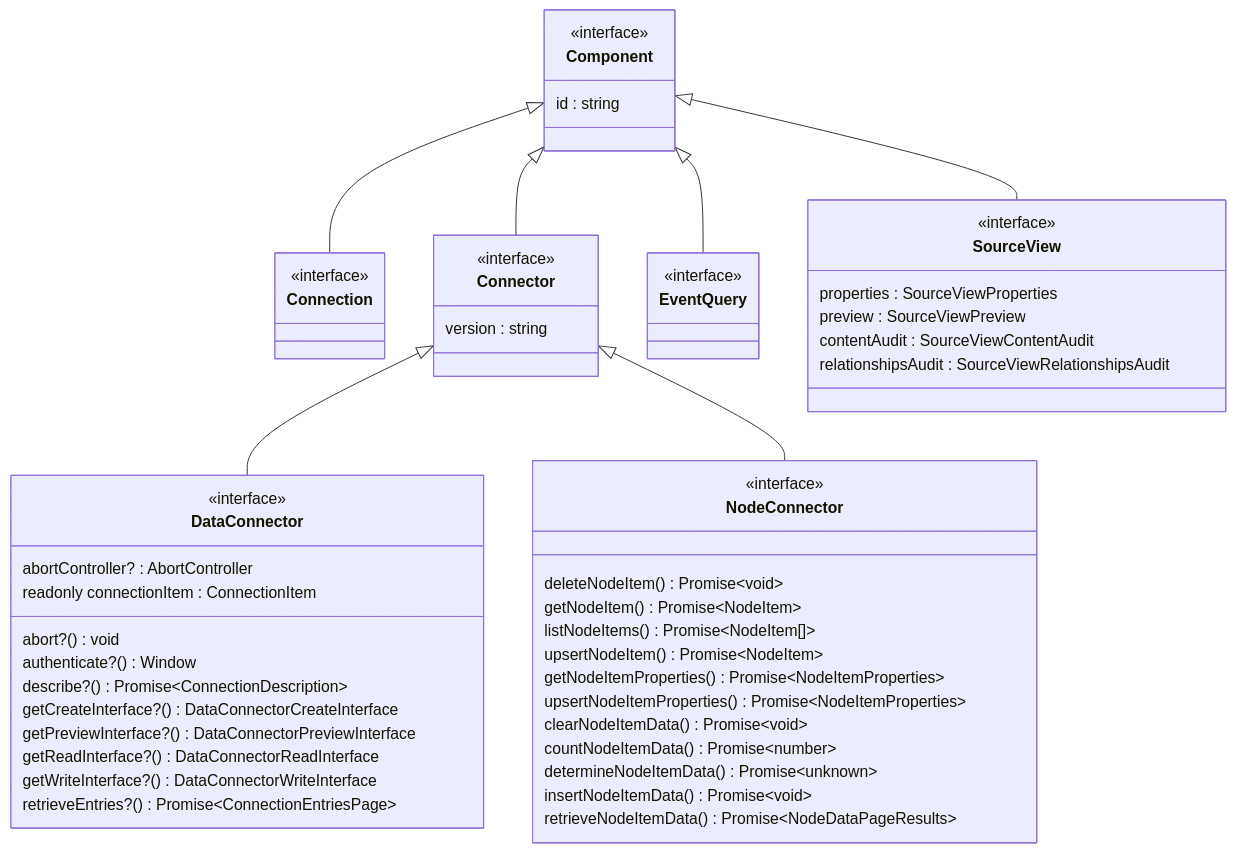
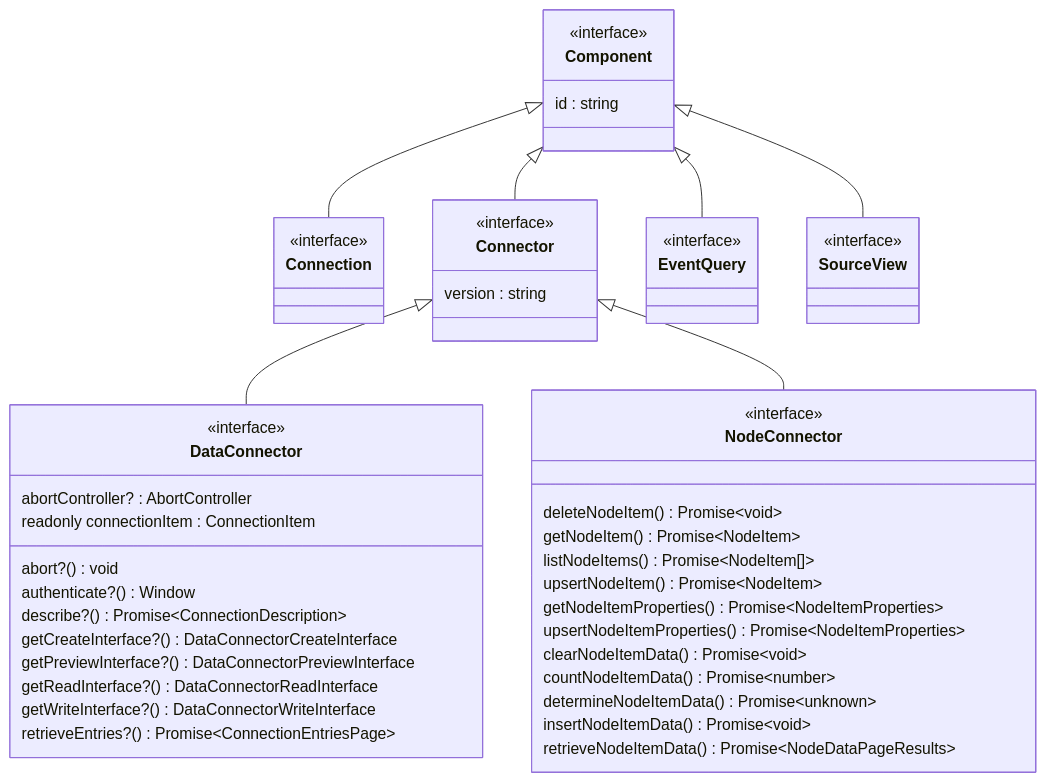
One commit to data-positioning/datapos-shared changed the first of 8 diagrams in README.md. Above: the diagram before and after it, drawn with Mermaid. The commit also changed other lines of this file and 1 other file, not shown here.

````diff
--- a/README.md
+++ b/README.md
@@ -5,66 +5,63 @@
 ```mermaid
 classDiagram
     direction TB
+
+    class Component {
+        <<interface>>
+        id : string
+    }
 
     Component <|-- Connection
     Component <|-- Connector
     Component <|-- EventQuery
     Component <|-- SourceView
-    Connector <|-- DataConnector
-    Connector <|-- NodeConnector
-
-    class Component {
-        <<interface>>
-        id : string
-    }
 
     class Connection {
         <<interface>>
     }
 
     class Connector {
         <<interface>>
         version : string
     }
+
+    Connector <|-- DataConnector
+    Connector <|-- NodeConnector
 
     class DataConnector {
         <<interface>>
         abortController? :  AbortController
         readonly connectionItem :  ConnectionItem
         abort?() void
         authenticate?() Window
         describe?() Promise~ConnectionDescription~
         getCreateInterface?() DataConnectorCreateInterface
         getPreviewInterface?() DataConnectorPreviewInterface
         getReadInterface?() DataConnectorReadInterface
         getWriteInterface?() DataConnectorWriteInterface
         retrieveEntries?() Promise~ConnectionEntriesPage~
     }
 
     class NodeConnector {
         <<interface>>
         deleteNodeItem() Promise~void~
         getNodeItem() Promise~NodeItem~
         listNodeItems() Promise~NodeItem[]~
         upsertNodeItem() Promise~NodeItem~
         getNodeItemProperties() Promise~NodeItemProperties~
         upsertNodeItemProperties() Promise~NodeItemProperties~
         clearNodeItemData() Promise~void~
         countNodeItemData() Promise~number~
         determineNodeItemData() Promise~unknown~
         insertNodeItemData() Promise~void~
         retrieveNodeItemData() Promise~NodeDataPageResults~
    }
 
     class EventQuery {
         <<interface>>
     }
 
     class SourceView {
         <<interface>>
-        properties :  SourceViewProperties
-        preview :  SourceViewPreview
-        contentAudit :  SourceViewContentAudit
-        relationshipsAudit :  SourceViewRelationshipsAudit
     }
 ```
````
